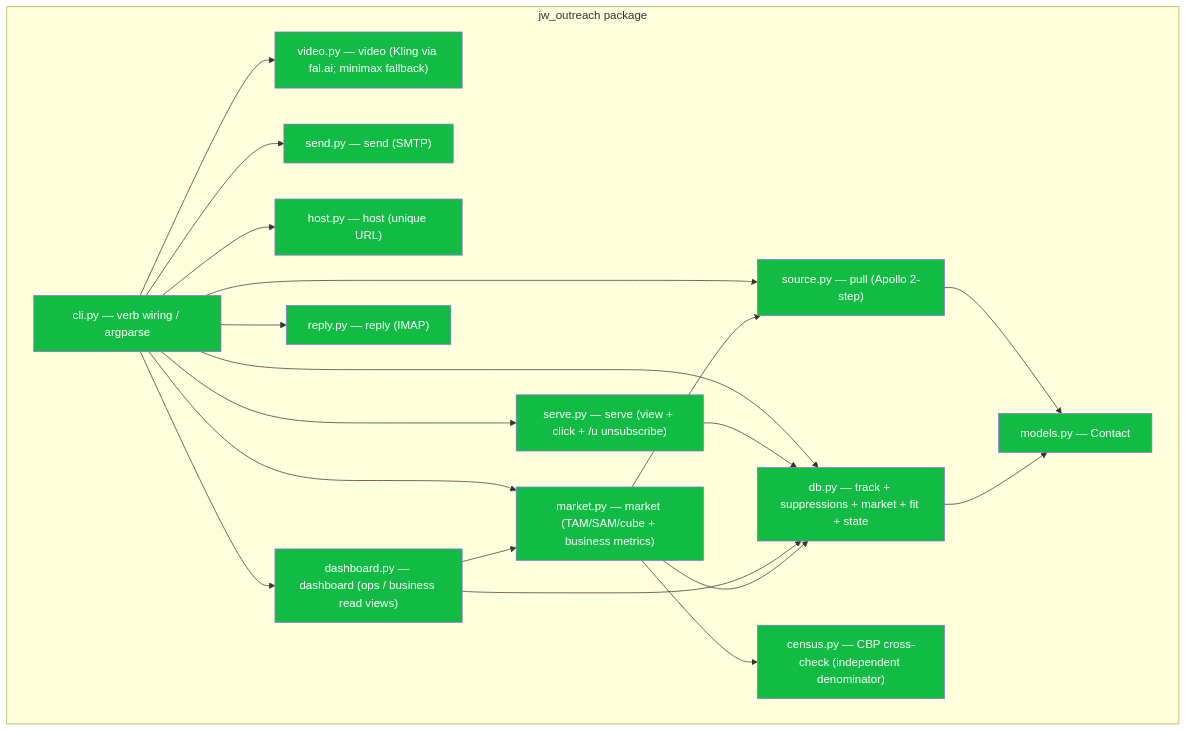
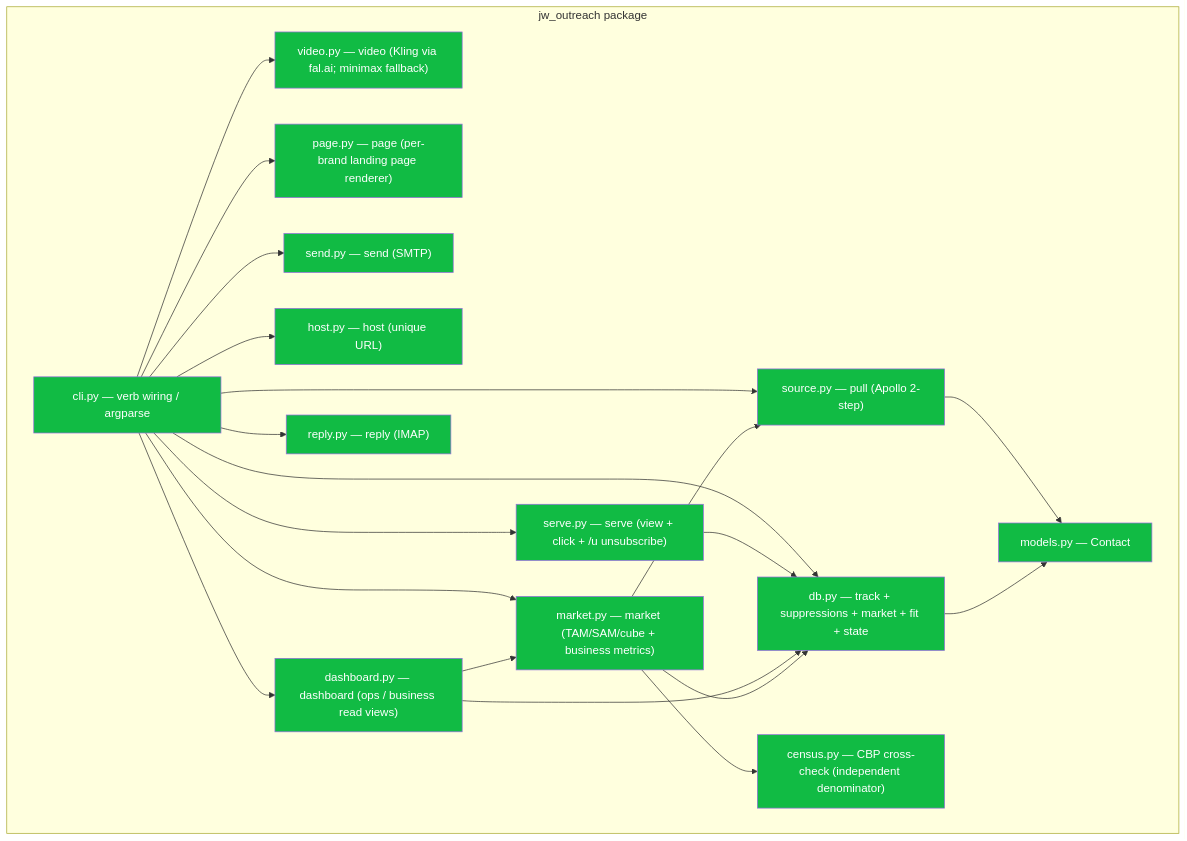
Before and after one commit to sancovp/twi-jobworld: the first of 10 diagrams in connectors/outreach/FLOWS.md, drawn with Mermaid. The commit also changed other lines of this file and 10 other files, not shown here.

First line of the commit message:
Add `jwout page` — per-brand landing page generator (the "one page, no deck" link)

````diff
--- a/connectors/outreach/FLOWS.md
+++ b/connectors/outreach/FLOWS.md
@@ -10,25 +10,26 @@
 ```mermaid
 flowchart TB
   subgraph pkg["jw_outreach package"]
     CLI["cli.py — verb wiring / argparse"]
     SRC["source.py — pull (Apollo 2-step)"]
     VID["video.py — video (Kling via fal.ai; minimax fallback)"]
+    PGE["page.py — page (per-brand landing page renderer)"]
     SND["send.py — send (SMTP)"]
     HST["host.py — host (unique URL)"]
     SRV["serve.py — serve (view + click + /u unsubscribe)"]
     DSH["dashboard.py — dashboard (ops / business read views)"]
     MKT["market.py — market (TAM/SAM/cube + business metrics)"]
     CEN["census.py — CBP cross-check (independent denominator)"]
     RPL["reply.py — reply (IMAP)"]
     DBM["db.py — track + suppressions + market + fit + state"]
     MOD["models.py — Contact"]
   end
-  CLI --> SRC & VID & SND & HST & SRV & DSH & MKT & RPL & DBM
+  CLI --> SRC & VID & PGE & SND & HST & SRV & DSH & MKT & RPL & DBM
   SRC --> MOD
   DBM --> MOD
   SRV --> DBM
   DSH --> DBM & MKT
   MKT --> DBM & SRC & CEN
   classDef code fill:#1b4,color:#fff
-  class CLI,SRC,VID,SND,HST,SRV,DSH,MKT,CEN,RPL,DBM,MOD code
+  class CLI,SRC,VID,PGE,SND,HST,SRV,DSH,MKT,CEN,RPL,DBM,MOD code
 ```
````
